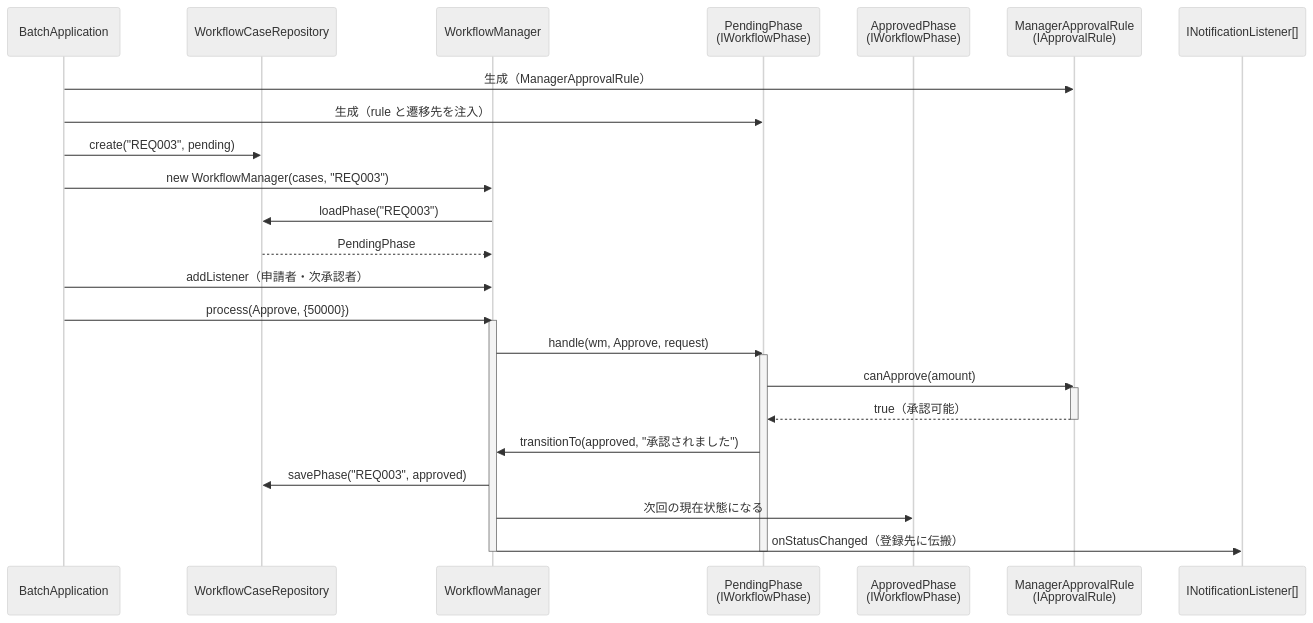
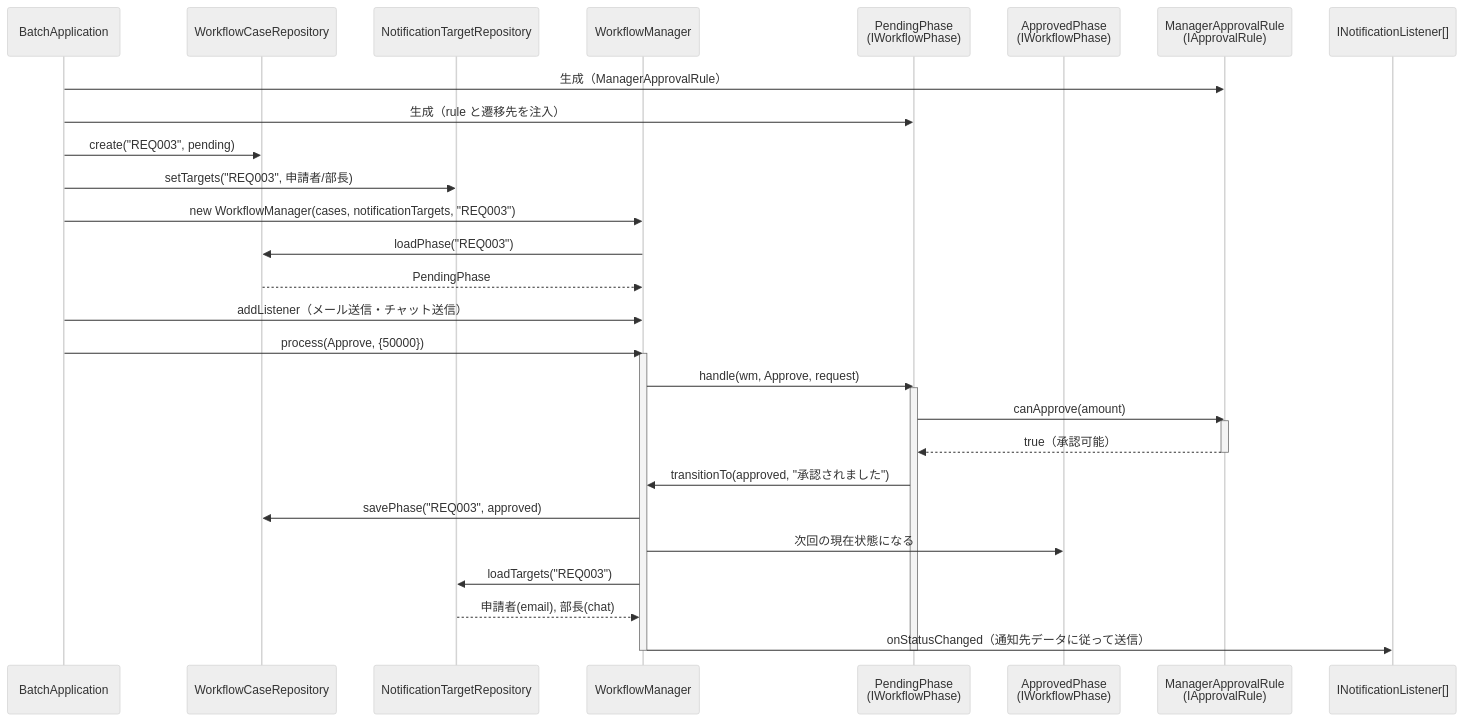
Before and after one commit to kumachan1101-pixel/DesignPattern: the seventh of 10 diagrams in kindle/design-patterns/output/chapter12.md, drawn with Mermaid (neutral theme). The commit also changed other lines of this file and 1 other file, not shown here.

````diff
--- a/kindle/design-patterns/output/chapter12.md
+++ b/kindle/design-patterns/output/chapter12.md
@@ -1743,32 +1856,36 @@
 ```mermaid
 sequenceDiagram
     participant B as BatchApplication
     participant C as WorkflowCaseRepository
+    participant N as NotificationTargetRepository
     participant WM as WorkflowManager
     participant P as PendingPhase<br/>(IWorkflowPhase)
     participant A as ApprovedPhase<br/>(IWorkflowPhase)
     participant R as ManagerApprovalRule<br/>(IApprovalRule)
     participant L as INotificationListener[]
 
     B->>R: 生成（ManagerApprovalRule）
     B->>P: 生成（rule と遷移先を注入）
     B->>C: create("REQ003", pending)
-    B->>WM: new WorkflowManager(cases, "REQ003")
+    B->>N: setTargets("REQ003", 申請者/部長)
+    B->>WM: new WorkflowManager(cases, notificationTargets, "REQ003")
     WM->>C: loadPhase("REQ003")
     C-->>WM: PendingPhase
-    B->>WM: addListener（申請者・次承認者）
+    B->>WM: addListener（メール送信・チャット送信）
     B->>WM: process(Approve, {50000})
     activate WM
     WM->>P: handle(wm, Approve, request)
     activate P
     P->>R: canApprove(amount)
     activate R
     R-->>P: true（承認可能）
     deactivate R
     P->>WM: transitionTo(approved, "承認されました")
     WM->>C: savePhase("REQ003", approved)
     WM->>A: 次回の現在状態になる
-    WM->>L: onStatusChanged（登録先に伝搬）
+    WM->>N: loadTargets("REQ003")
+    N-->>WM: 申請者(email), 部長(chat)
+    WM->>L: onStatusChanged（通知先データに従って送信）
     deactivate P
     deactivate WM
 ```
````
